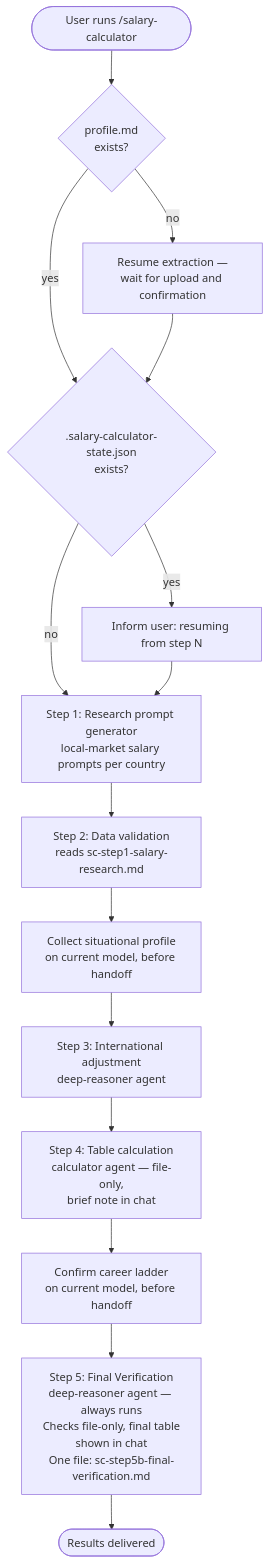
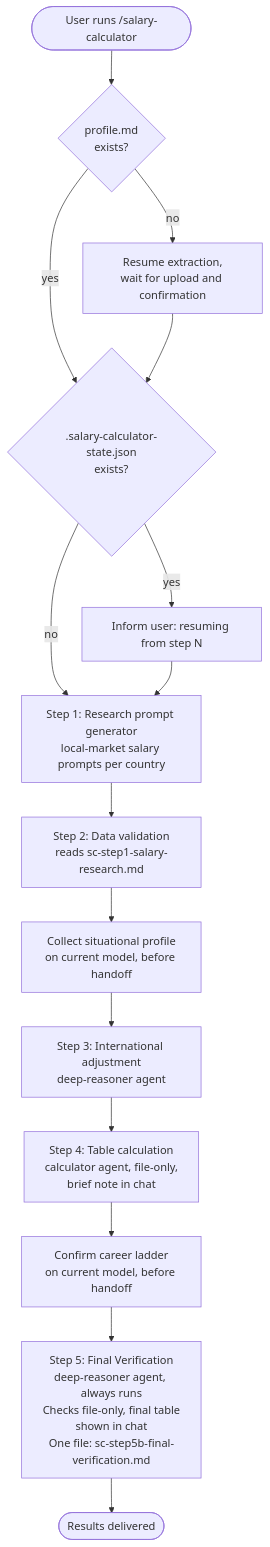
One commit to myowinthein/agent-compass changed the diagram in docs/commands/salary-calculator.md. Above: the diagram before and after it, drawn with Mermaid. The commit also changed other lines of this file and 19 other files, not shown here.

````diff
--- a/docs/commands/salary-calculator.md
+++ b/docs/commands/salary-calculator.md
@@ -22,20 +22,20 @@
 ```mermaid
 flowchart TD
   Start([User runs /salary-calculator]) --> Profile{profile.md\nexists?}
-  Profile -->|no| Extract[Resume extraction —\nwait for upload and confirmation]
+  Profile -->|no| Extract[Resume extraction,\nwait for upload and confirmation]
   Profile -->|yes| State
   Extract --> State
 
   State{.salary-calculator-state.json\nexists?} -->|yes| Resume[Inform user: resuming from step N]
   State -->|no| S1
   Resume --> S1
 
   S1[Step 1: Research prompt generator\nlocal-market salary prompts per country] --> S2
   S2[Step 2: Data validation\nreads sc-step1-salary-research.md] --> S3prep
   S3prep[Collect situational profile\non current model, before handoff] --> S3
   S3[Step 3: International adjustment\ndeep-reasoner agent] --> S4
-  S4[Step 4: Table calculation\ncalculator agent — file-only,\nbrief note in chat] --> Ladder
+  S4[Step 4: Table calculation\ncalculator agent, file-only,\nbrief note in chat] --> Ladder
 
-  Ladder[Confirm career ladder\non current model, before handoff] --> S5[Step 5: Final Verification\ndeep-reasoner agent — always runs\nChecks file-only, final table\nshown in chat\nOne file: sc-step5b-final-verification.md]
+  Ladder[Confirm career ladder\non current model, before handoff] --> S5[Step 5: Final Verification\ndeep-reasoner agent, always runs\nChecks file-only, final table\nshown in chat\nOne file: sc-step5b-final-verification.md]
   S5 --> Done([Results delivered])
 ```
````
